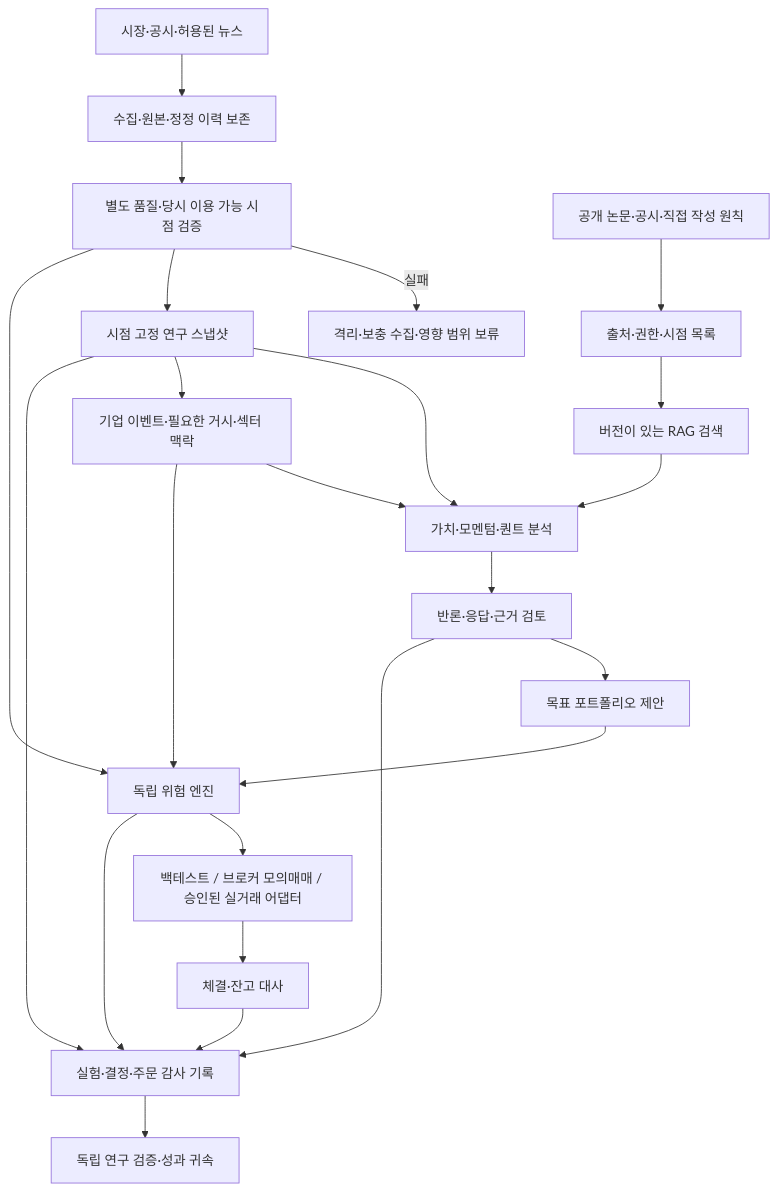
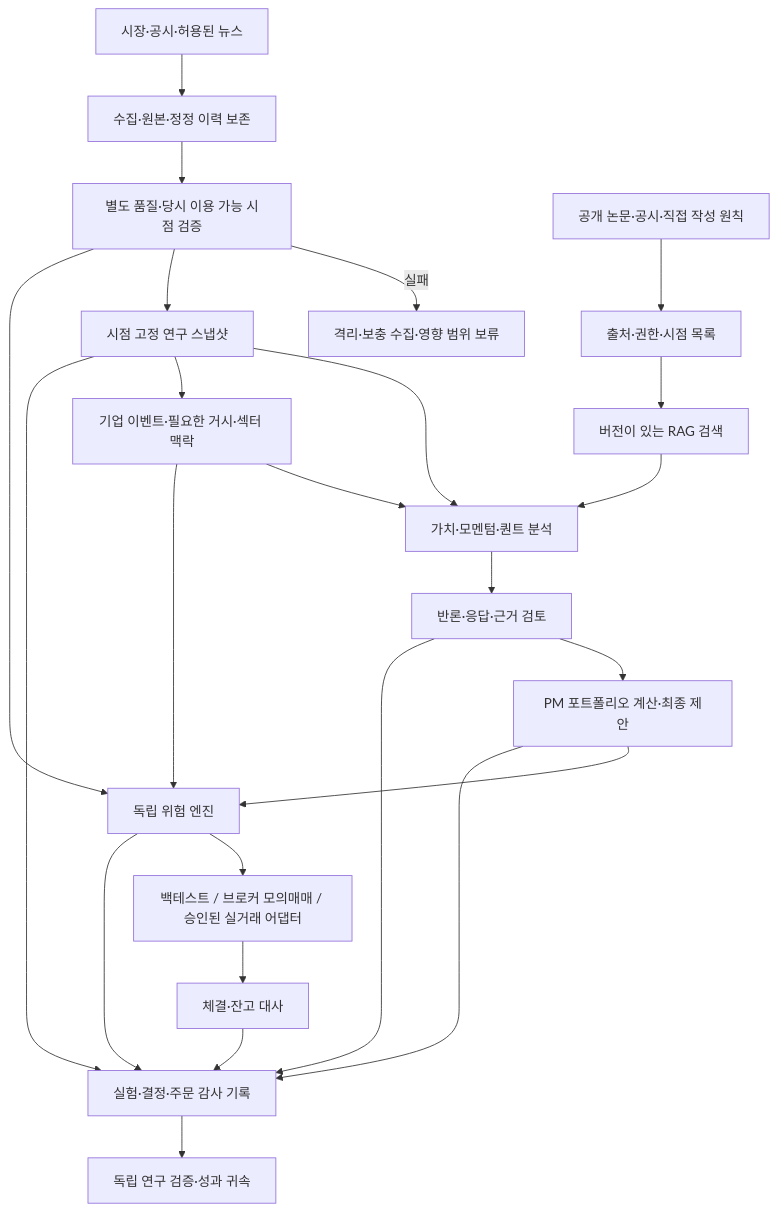
One commit to domino721/AI_Trader changed the first of 2 diagrams in docs/PROJECT_PLAN.md. Above: the diagram before and after it, drawn with Mermaid. The commit also changed other lines of this file and 23 other files, not shown here.

````diff
--- a/docs/PROJECT_PLAN.md
+++ b/docs/PROJECT_PLAN.md
@@ -37,25 +39,26 @@
 ```mermaid
 flowchart TD
     M[시장·공시·허용된 뉴스] --> I[수집·원본·정정 이력 보존]
     I --> P[별도 품질·당시 이용 가능 시점 검증]
     P -->|실패| X[격리·보충 수집·영향 범위 보류]
     K[공개 논문·공시·직접 작성 원칙] --> C[출처·권한·시점 목록]
     C --> R[버전이 있는 RAG 검색]
     P --> S[시점 고정 연구 스냅샷]
     S --> A[가치·모멘텀·퀀트 분석]
     S --> N[기업 이벤트·필요한 거시·섹터 맥락]
     N --> A
     R --> A
     A --> D[반론·응답·근거 검토]
-    D --> W[목표 포트폴리오 제안]
+    D --> W[PM 포트폴리오 계산·최종 제안]
     W --> G[독립 위험 엔진]
     P --> G
     N --> G
     G --> E[백테스트 / 브로커 모의매매 / 승인된 실거래 어댑터]
     E --> B[체결·잔고 대사]
     S --> L[실험·결정·주문 감사 기록]
     D --> L
+    W --> L
     G --> L
     B --> L
     L --> V[독립 연구 검증·성과 귀속]
 ```
````
